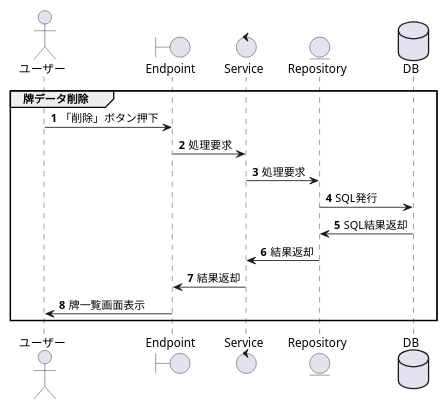
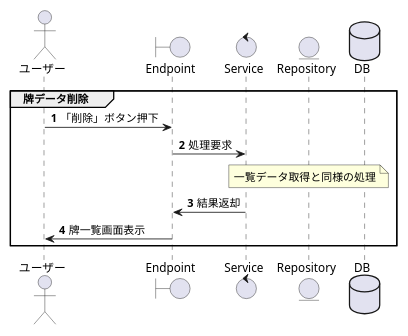
Before and after one commit to NakataTPD/2018-k-web-training: the eighth of 10 diagrams in document/詳細設計書/詳細設計書.md, drawn with PlantUML. The commit also changed other lines of this file and 1 other file, not shown here.

````diff
--- a/document/詳細設計書/詳細設計書.md
+++ b/document/詳細設計書/詳細設計書.md
@@ -424,22 +467,21 @@
 ```puml
 scale 0.8
 actor ユーザー as User
 boundary Endpoint as Con
 control Service as Ser
 entity Repository as Repo
 database DB as DB
 
 group 牌データ削除
   autonumber 1
 
     User -> Con: 「削除」ボタン押下
     Con -> Ser: 処理要求
-    Ser -> Repo: 処理要求
-    Repo -> DB: SQL発行
-    DB -> Repo: SQL結果返却
-    Repo -> Ser: 結果返却
+    note over Repo
+    一覧データ取得と同様の処理
+    end note
     Ser -> Con: 結果返却
     Con -> User: 牌一覧画面表示
 
 end
 ```
````
